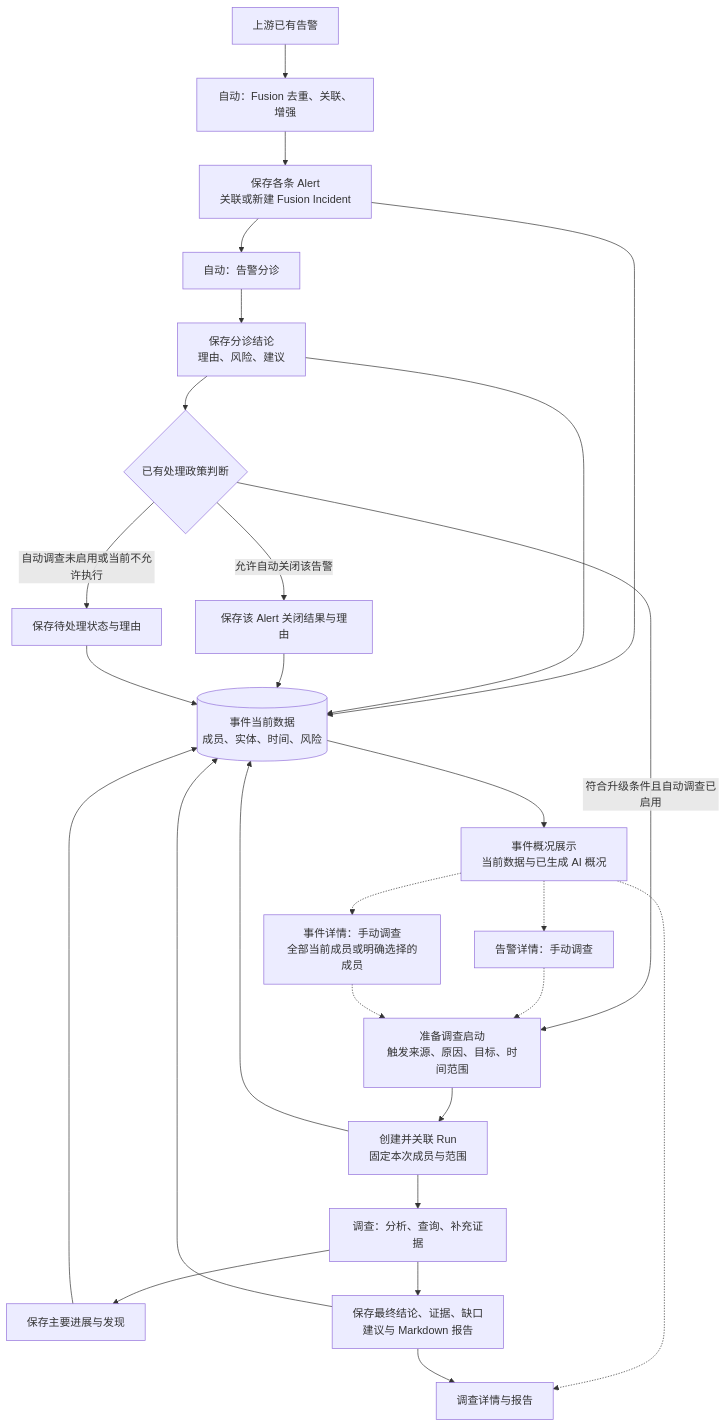
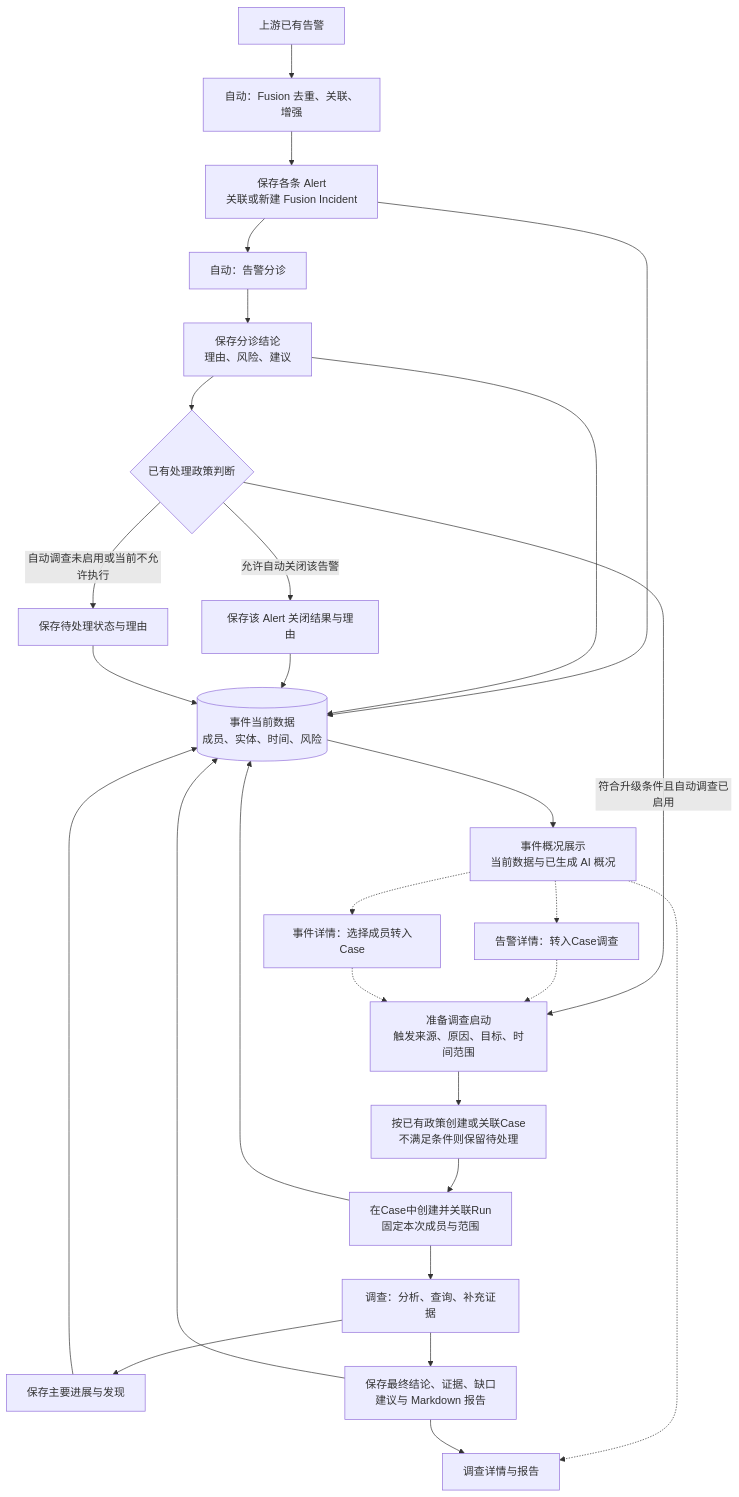
Before and after one commit to Dinines/socai2: the first of 3 diagrams in docs/architecture/incident-investigation-flow-20261025.md, drawn with Mermaid. The commit also changed other lines of this file and 11 other files, not shown here.

````diff
--- a/docs/architecture/incident-investigation-flow-20261025.md
+++ b/docs/architecture/incident-investigation-flow-20261025.md
@@ -23,29 +23,30 @@
 ```mermaid
 flowchart TD
     A[上游已有告警] --> B[自动：Fusion 去重、关联、增强]
     B --> C[保存各条 Alert<br/>关联或新建 Fusion Incident]
     C --> D[(事件当前数据<br/>成员、实体、时间、风险)]
     C --> T[自动：告警分诊]
     T --> V[保存分诊结论<br/>理由、风险、建议]
     V --> D
     V --> P{已有处理政策判断}
     P -->|允许自动关闭该告警| X[保存该 Alert 关闭结果与理由]
     P -->|自动调查未启用或当前不允许执行| W[保存待处理状态与理由]
     X --> D
     W --> D
     P -->|符合升级条件且自动调查已启用| S[准备调查启动<br/>触发来源、原因、目标、时间范围]
-    AD[告警详情：手动调查] -.-> S
-    ID[事件详情：手动调查<br/>全部当前成员或明确选择的成员] -.-> S
-    S --> R[创建并关联 Run<br/>固定本次成员与范围]
+    AD[告警详情：转入Case调查] -.-> S
+    ID[事件详情：选择成员转入Case] -.-> S
+    S --> CASE[按已有政策创建或关联Case<br/>不满足条件则保留待处理]
+    CASE --> R[在Case中创建并关联Run<br/>固定本次成员与范围]
     R --> D
     R --> I[调查：分析、查询、补充证据]
     I --> G[保存主要进展与发现]
     G --> D
     I --> O[保存最终结论、证据、缺口<br/>建议与 Markdown 报告]
     O --> D
     D --> U[事件概况展示<br/>当前数据与已生成 AI 概况]
     U -.-> AD
     U -.-> ID
     U -.-> RD[调查详情与报告]
     O --> RD
 ```
````
